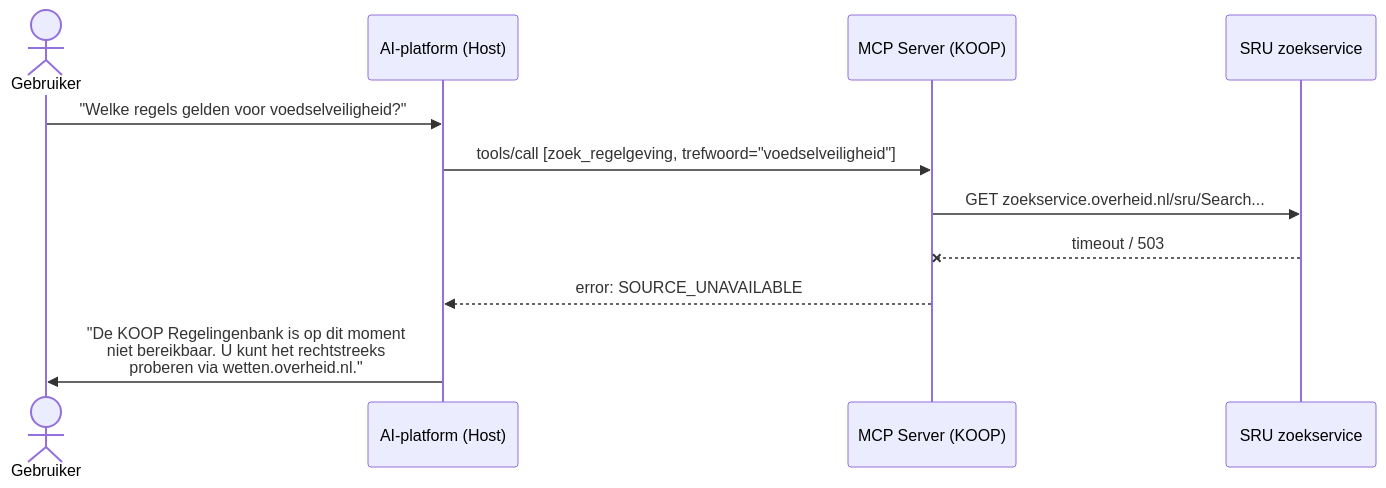
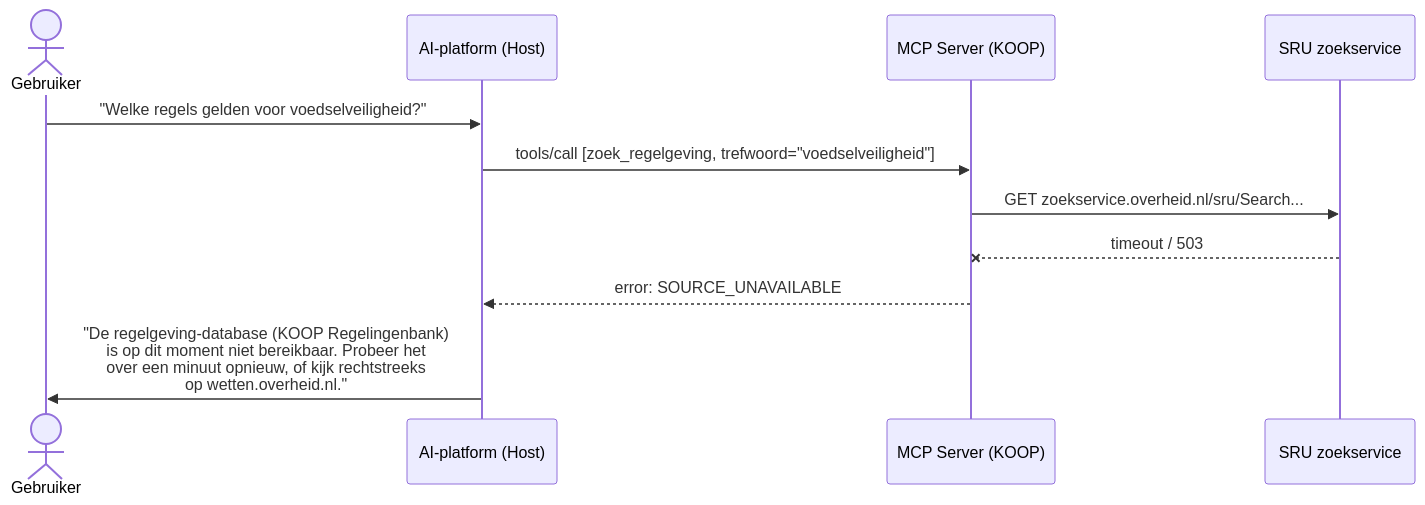
Before and after one commit to MinBZK/moza-poc-digitale-assistent: the sixth of 6 diagrams in docs/architecture.md, drawn with Mermaid. The commit also changed other lines of this file and 23 other files, not shown here.

````diff
--- a/docs/architecture.md
+++ b/docs/architecture.md
@@ -243,14 +243,14 @@
 ```mermaid
 sequenceDiagram
     actor Gebruiker
     participant Host as AI-platform (Host)
     participant KOOP as MCP Server (KOOP)
     participant SRU as SRU zoekservice
 
     Gebruiker->>Host: "Welke regels gelden voor voedselveiligheid?"
     Host->>KOOP: tools/call [zoek_regelgeving, trefwoord="voedselveiligheid"]
     KOOP->>SRU: GET zoekservice.overheid.nl/sru/Search...
     SRU--xKOOP: timeout / 503
     KOOP-->>Host: error: SOURCE_UNAVAILABLE
-    Host->>Gebruiker: "De KOOP Regelingenbank is op dit moment<br/>niet bereikbaar. U kunt het rechtstreeks<br/>proberen via wetten.overheid.nl."
+    Host->>Gebruiker: "De regelgeving-database (KOOP Regelingenbank)<br/>is op dit moment niet bereikbaar. Probeer het<br/>over een minuut opnieuw, of kijk rechtstreeks<br/>op wetten.overheid.nl."
 ```
````
